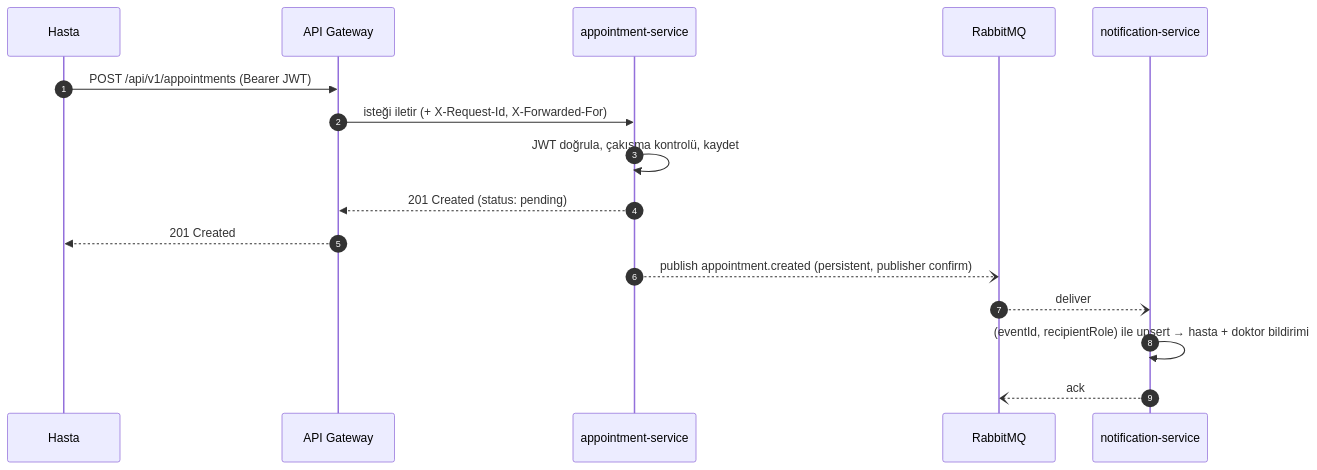
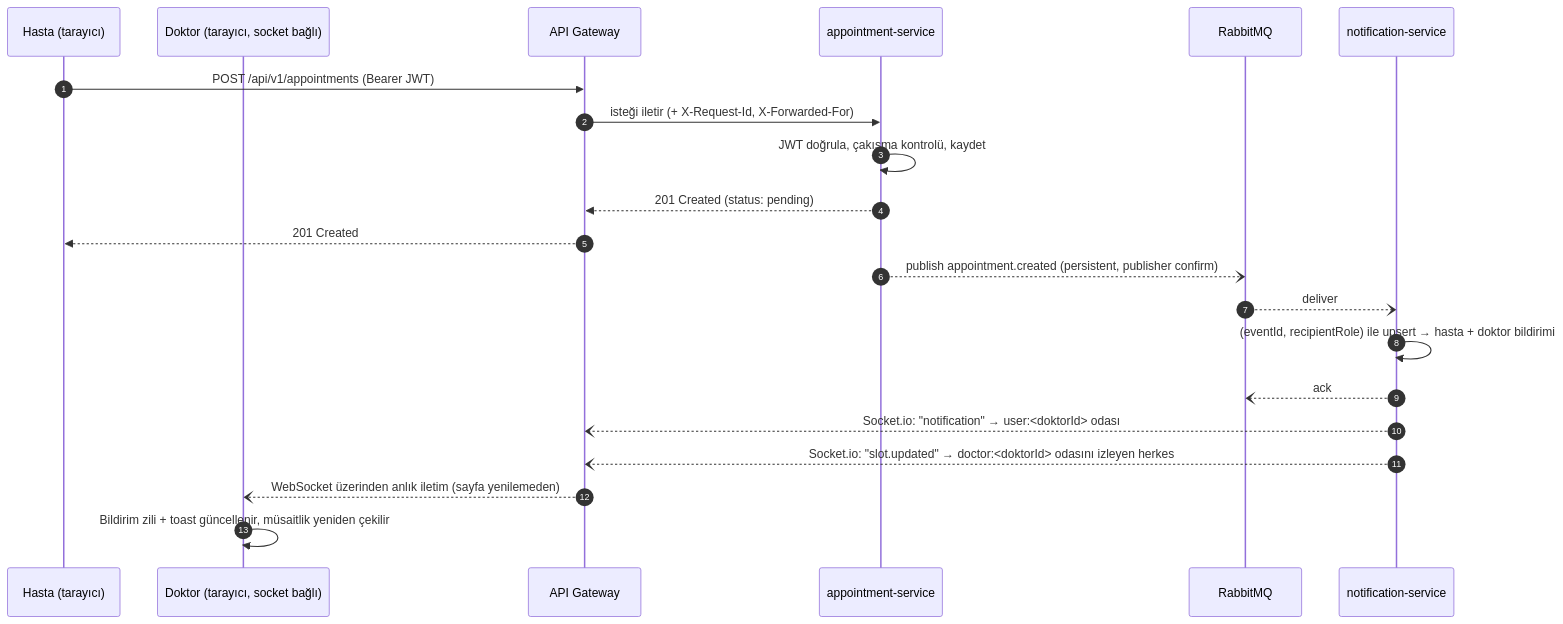
The second of 2 diagrams in README.md (musstafaaulu/randevia), drawn with Mermaid before and after one commit. The commit also changed other lines of this file, not shown here.

First line of the commit message:
docs: document the real-time layer and web UI in README

````diff
--- a/README.md
+++ b/README.md
@@ -91,19 +101,24 @@
 ```mermaid
 sequenceDiagram
     autonumber
-    participant P as Hasta
+    participant P as Hasta (tarayıcı)
+    participant D as Doktor (tarayıcı, socket bağlı)
     participant G as API Gateway
     participant A as appointment-service
     participant R as RabbitMQ
     participant N as notification-service
 
     P->>G: POST /api/v1/appointments (Bearer JWT)
     G->>A: isteği iletir (+ X-Request-Id, X-Forwarded-For)
     A->>A: JWT doğrula, çakışma kontrolü, kaydet
     A-->>G: 201 Created (status: pending)
     G-->>P: 201 Created
     A--)R: publish appointment.created (persistent, publisher confirm)
     R--)N: deliver
     N->>N: (eventId, recipientRole) ile upsert → hasta + doktor bildirimi
     N--)R: ack
+    N--)G: Socket.io: "notification" → user:<doktorId> odası
+    N--)G: Socket.io: "slot.updated" → doctor:<doktorId> odasını izleyen herkes
+    G--)D: WebSocket üzerinden anlık iletim (sayfa yenilemeden)
+    D->>D: Bildirim zili + toast güncellenir, müsaitlik yeniden çekilir
 ```
````
